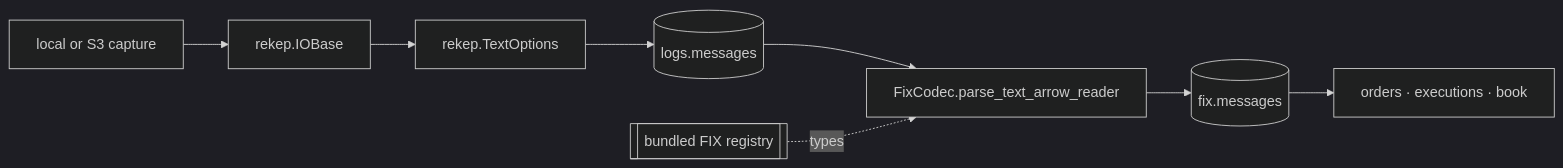
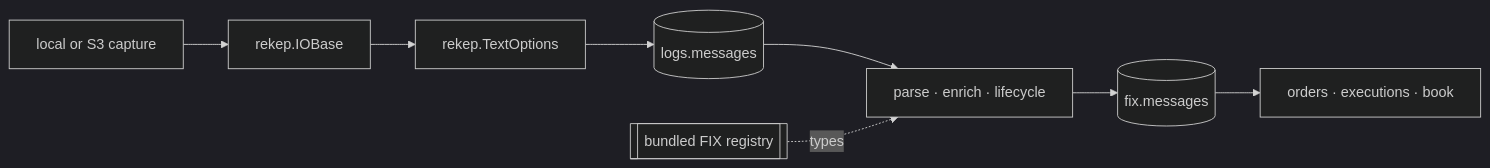
One commit to Platob/yggfin changed the diagram in docs/overview/architecture.md. Above: the diagram before and after it, drawn with Mermaid (dark theme). The commit also changed other lines of this file and 118 other files, not shown here.

````diff
--- a/docs/overview/architecture.md
+++ b/docs/overview/architecture.md
@@ -7,10 +7,10 @@
 ```mermaid
 flowchart LR
     U["local or S3 capture"] --> R["rekep.IOBase"]
     R --> T["rekep.TextOptions"]
     T --> M[("logs.messages")]
-    M --> C["FixCodec.parse_text_arrow_reader"]
+    M --> C["parse · enrich · lifecycle"]
     D[["bundled FIX registry"]] -.types.-> C
     C --> F[("fix.messages")]
     F --> P["orders · executions · book"]
 ```
````
